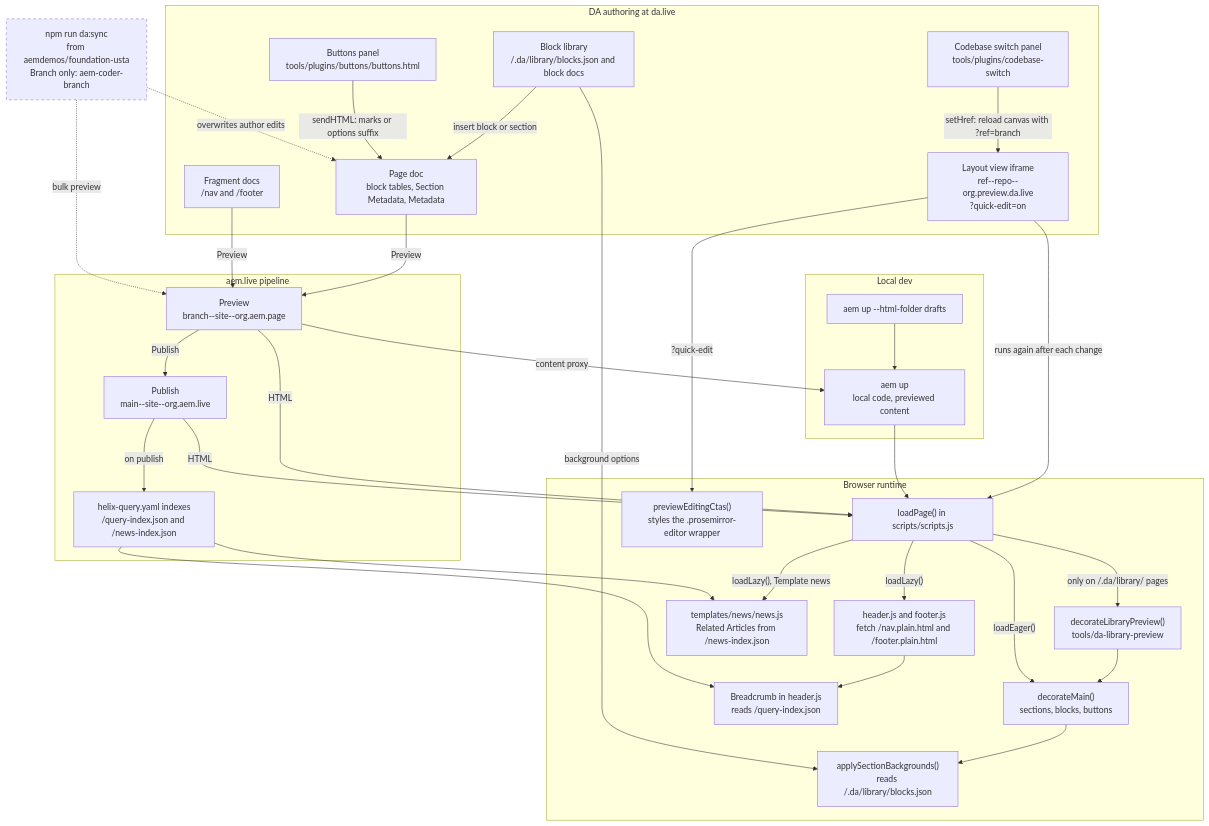
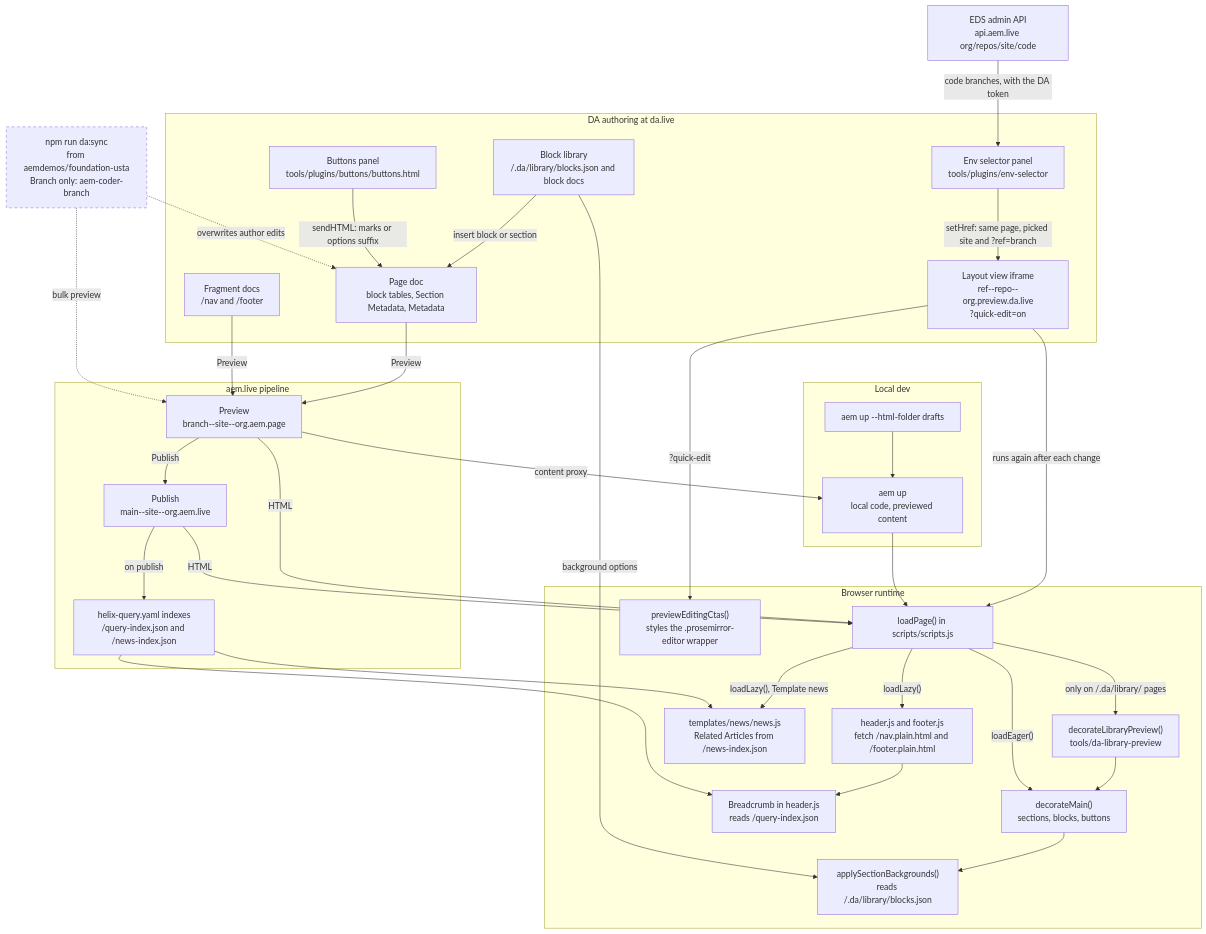
One commit to aman-kumar24-dev/usta-foundation-site changed the sixth of 8 diagrams in docs/flow.md. Above: the diagram before and after it, drawn with Mermaid. The commit also changed other lines of this file and 11 other files, not shown here.

First line of the commit message:
Rename codebase switch to env selector; Go keeps the open page (#16)

````diff
--- a/docs/flow.md
+++ b/docs/flow.md
@@ -678,58 +678,59 @@
 ```mermaid
 flowchart TD
   subgraph DA["DA authoring at da.live"]
     LIB["Block library<br/>/.da/library/blocks.json and block docs"]
     BTN["Buttons panel<br/>tools/plugins/buttons/buttons.html"]
-    CBS["Codebase switch panel<br/>tools/plugins/codebase-switch"]
+    ENV["Env selector panel<br/>tools/plugins/env-selector"]
     DOC["Page doc<br/>block tables, Section Metadata, Metadata"]
     FRAG["Fragment docs<br/>/nav and /footer"]
     EW["Layout view iframe<br/>ref--repo--org.preview.da.live<br/>?quick-edit=on"]
   end
   subgraph ADMIN["aem.live pipeline"]
     PREV["Preview<br/>branch--site--org.aem.page"]
     PUB["Publish<br/>main--site--org.aem.live"]
     IDX["helix-query.yaml indexes<br/>/query-index.json and /news-index.json"]
   end
   subgraph RT["Browser runtime"]
     LP["loadPage() in scripts/scripts.js"]
     LIBP["decorateLibraryPreview()<br/>tools/da-library-preview"]
     DM["decorateMain()<br/>sections, blocks, buttons"]
     BG["applySectionBackgrounds()<br/>reads /.da/library/blocks.json"]
     PEC["previewEditingCtas()<br/>styles the .prosemirror-editor wrapper"]
     HF["header.js and footer.js<br/>fetch /nav.plain.html and /footer.plain.html"]
     BC["Breadcrumb in header.js<br/>reads /query-index.json"]
     RA["templates/news/news.js<br/>Related Articles from /news-index.json"]
   end
   subgraph DEV["Local dev"]
     UP["aem up<br/>local code, previewed content"]
     DR["aem up --html-folder drafts"]
   end
   SYNC["npm run da:sync<br/>from aemdemos/foundation-usta<br/>Branch only: aem-coder-branch"]:::planned
   LIB -->|"insert block or section"| DOC
   BTN -->|"sendHTML: marks or options suffix"| DOC
-  CBS -->|"setHref: reload canvas with ?ref=branch"| EW
+  ENV -->|"setHref: same page, picked site and ?ref=branch"| EW
+  API["EDS admin API<br/>api.aem.live org/repos/site/code"] -->|"code branches, with the DA token"| ENV
   DOC -->|"Preview"| PREV
   FRAG -->|"Preview"| PREV
   PREV -->|"Publish"| PUB
   PUB -->|"on publish"| IDX
   PREV -->|"HTML"| LP
   PUB -->|"HTML"| LP
   EW -->|"runs again after each change"| LP
   EW -->|"?quick-edit"| PEC
   LP -->|"only on /.da/library/ pages"| LIBP
   LIBP --> DM
   LP -->|"loadEager()"| DM
   DM --> BG
   LIB -->|"background options"| BG
   LP -->|"loadLazy()"| HF
   LP -->|"loadLazy(), Template news"| RA
   HF --> BC
   IDX --> BC
   IDX --> RA
   PREV -->|"content proxy"| UP
   DR --> UP
   UP --> LP
   SYNC -.->|"overwrites author edits"| DOC
   SYNC -.->|"bulk preview"| PREV
   classDef planned stroke-dasharray: 5 5
 ```
````
